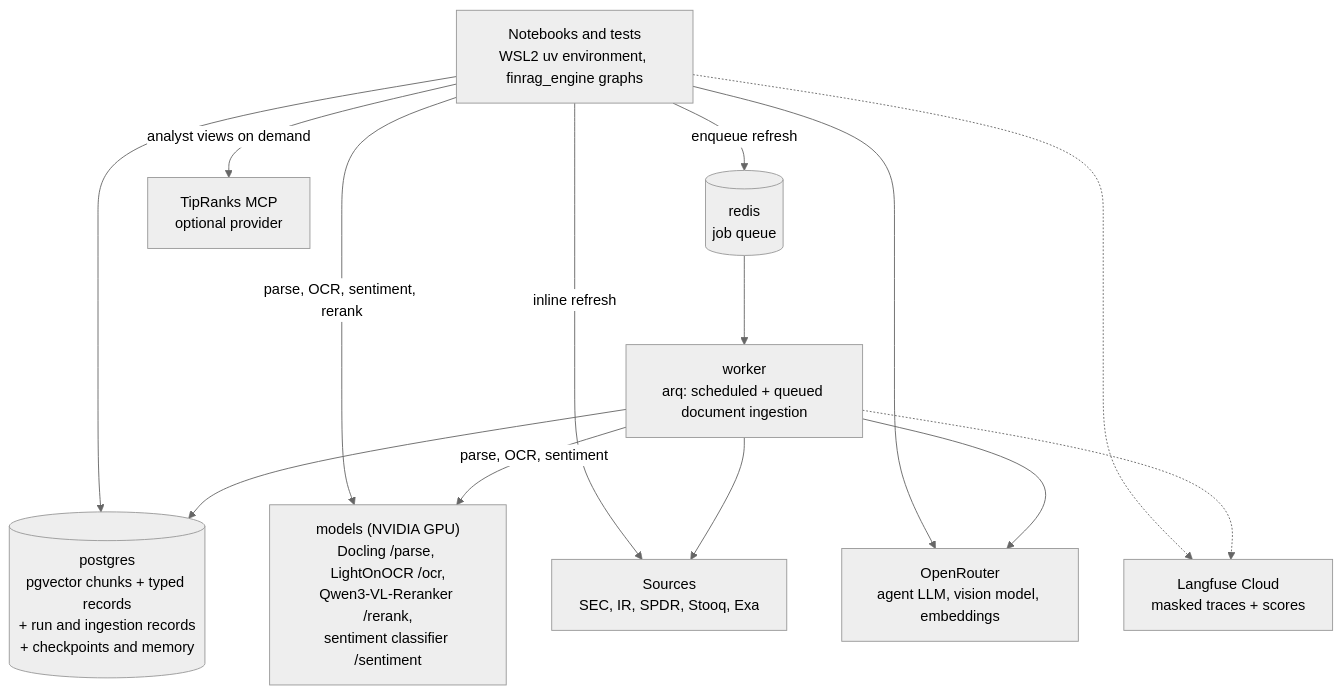
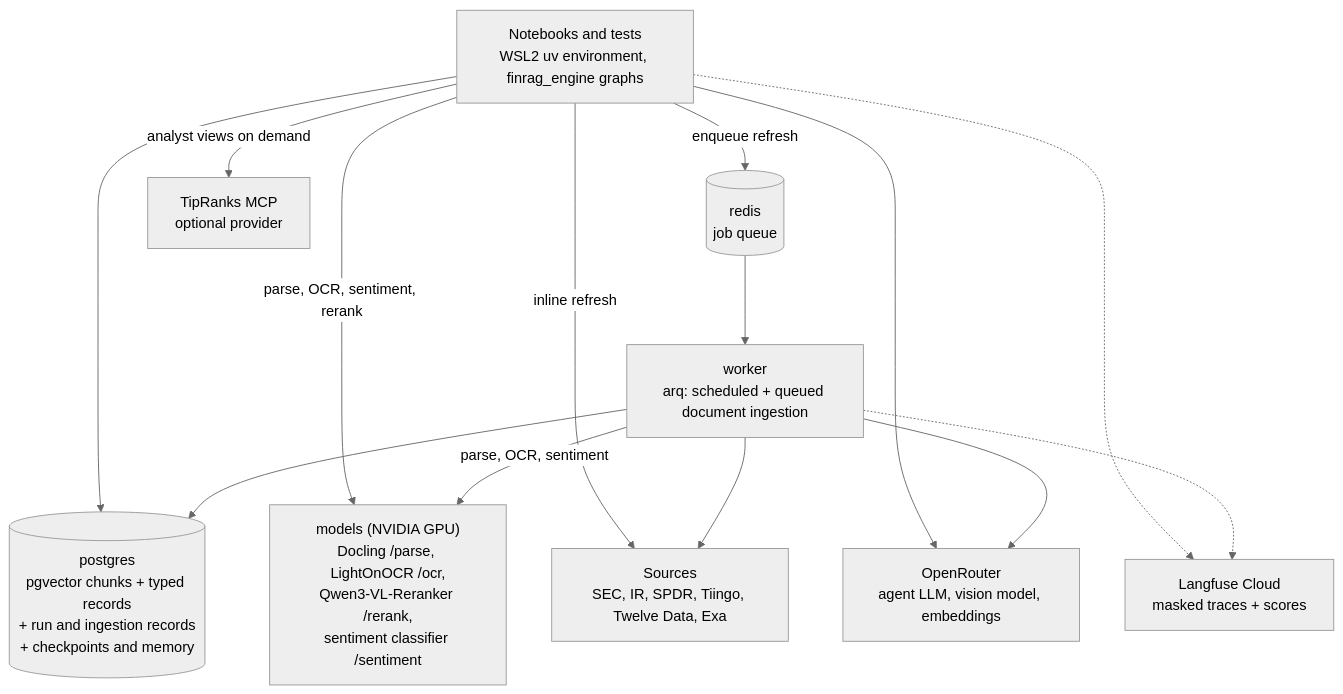
One commit to chazyman/financial-agent-capstone changed the second of 2 diagrams in docs/DESIGN.md. Above: the diagram before and after it, drawn with Mermaid (neutral theme). The commit also changed other lines of this file and 2 other files, not shown here.

Commit message:
Remove from project Stooq and Stockanalysis as data source providers. Added Riingo and Twelve Data.

````diff
--- a/docs/DESIGN.md
+++ b/docs/DESIGN.md
@@ -705,25 +705,25 @@
 ```mermaid
 flowchart TB
     NB["Notebooks and tests<br/>WSL2 uv environment, finrag_engine graphs"]
     RQ[("redis<br/>job queue")]
     W["worker<br/>arq: scheduled + queued document ingestion"]
     M["models (NVIDIA GPU)<br/>Docling /parse, LightOnOCR /ocr,<br/>Qwen3-VL-Reranker /rerank,<br/>sentiment classifier /sentiment"]
     PG[("postgres<br/>pgvector chunks + typed records<br/>+ run and ingestion records<br/>+ checkpoints and memory")]
     OR["OpenRouter<br/>agent LLM, vision model, embeddings"]
-    EXT["Sources<br/>SEC, IR, SPDR, Stooq, Exa"]
+    EXT["Sources<br/>SEC, IR, SPDR, Tiingo, Twelve Data, Exa"]
     TR["TipRanks MCP<br/>optional provider"]
     LF["Langfuse Cloud<br/>masked traces + scores"]
 
     NB -->|enqueue refresh| RQ --> W
     NB --> PG
     W --> PG
     NB -->|parse, OCR, sentiment, rerank| M
     NB -->|inline refresh| EXT
     NB -->|analyst views on demand| TR
     W -->|parse, OCR, sentiment| M
     W --> EXT
     NB --> OR
     W --> OR
     NB -.-> LF
     W -.-> LF
 ```
````
